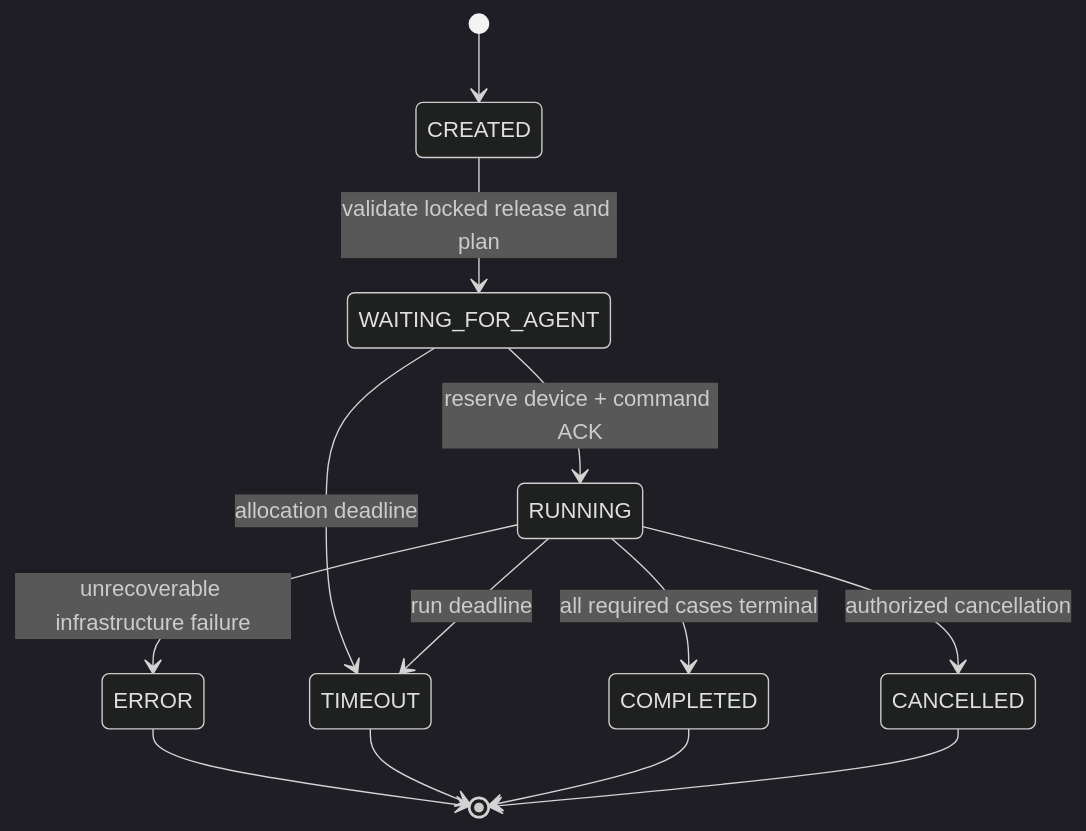
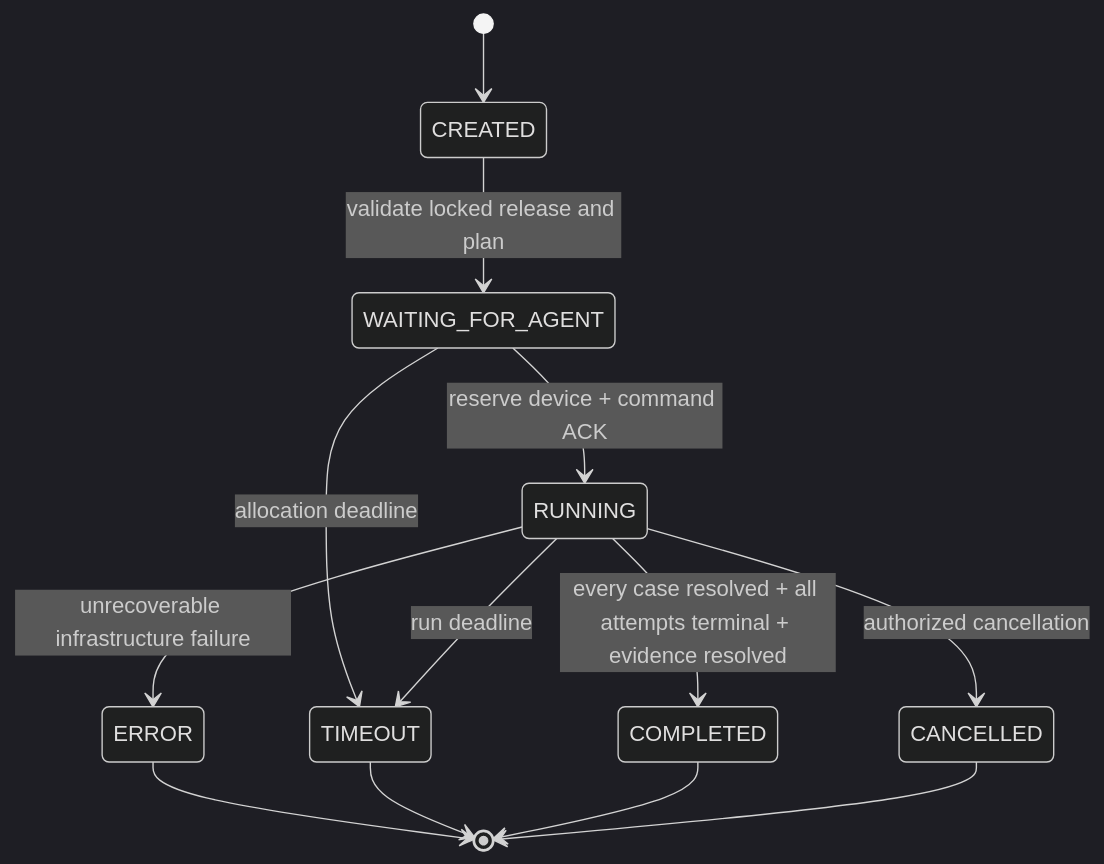
Before and after one commit to Rice-Zhou/Vehicle-System-Release-Quality-Gate: the first of 2 diagrams in docs/v0.2/07-test-architecture.md, drawn with Mermaid (dark theme). The commit also changed other lines of this file and 12 other files, not shown here.

````diff
--- a/docs/v0.2/07-test-architecture.md
+++ b/docs/v0.2/07-test-architecture.md
@@ -29,15 +29,15 @@
 ```mermaid
 stateDiagram-v2
   [*] --> CREATED
   CREATED --> WAITING_FOR_AGENT: validate locked release and plan
   WAITING_FOR_AGENT --> RUNNING: reserve device + command ACK
   WAITING_FOR_AGENT --> TIMEOUT: allocation deadline
-  RUNNING --> COMPLETED: all required cases terminal
+  RUNNING --> COMPLETED: every case resolved + all attempts terminal + evidence resolved
   RUNNING --> ERROR: unrecoverable infrastructure failure
   RUNNING --> TIMEOUT: run deadline
   RUNNING --> CANCELLED: authorized cancellation
   ERROR --> [*]
   TIMEOUT --> [*]
   COMPLETED --> [*]
   CANCELLED --> [*]
 ```
````
